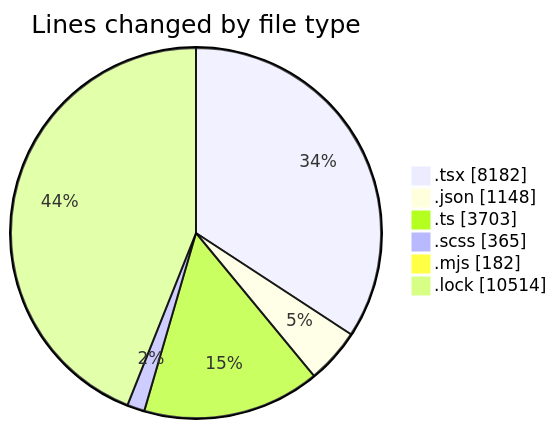
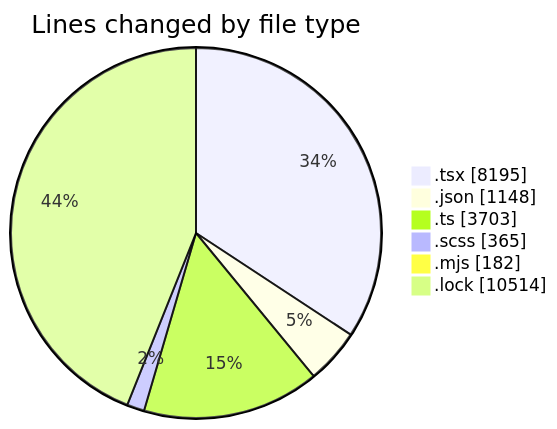
One commit to momahboobian/code-tracking changed the first of 2 diagrams in 2026-05-12/cda/README.md. Above: the diagram before and after it, drawn with Mermaid. The commit also changed other lines of this file and 1 other file, not shown here.

````diff
--- a/2026-05-12/cda/README.md
+++ b/2026-05-12/cda/README.md
@@ -52,10 +52,10 @@
 ```mermaid
 pie showData
 title Lines changed by file type
-".tsx" : 8182
+".tsx" : 8195
 ".json" : 1148
 ".ts" : 3703
 ".scss" : 365
 ".mjs" : 182
 ".lock" : 10514
 ```
````
